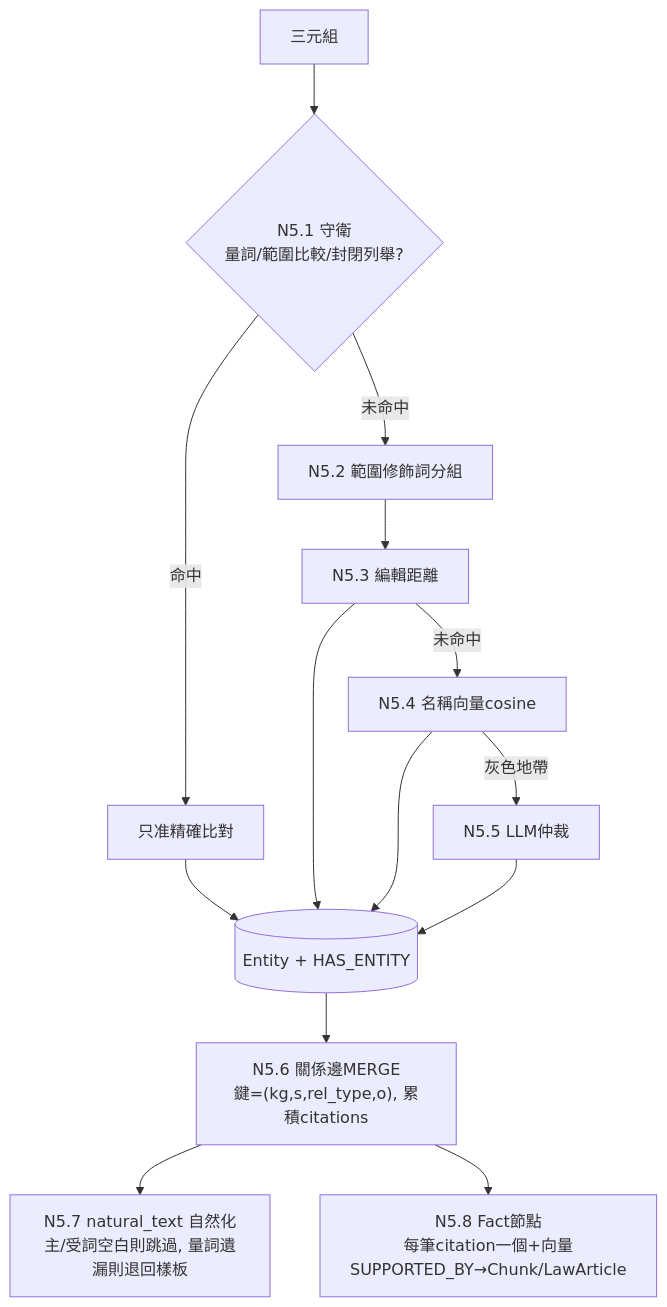
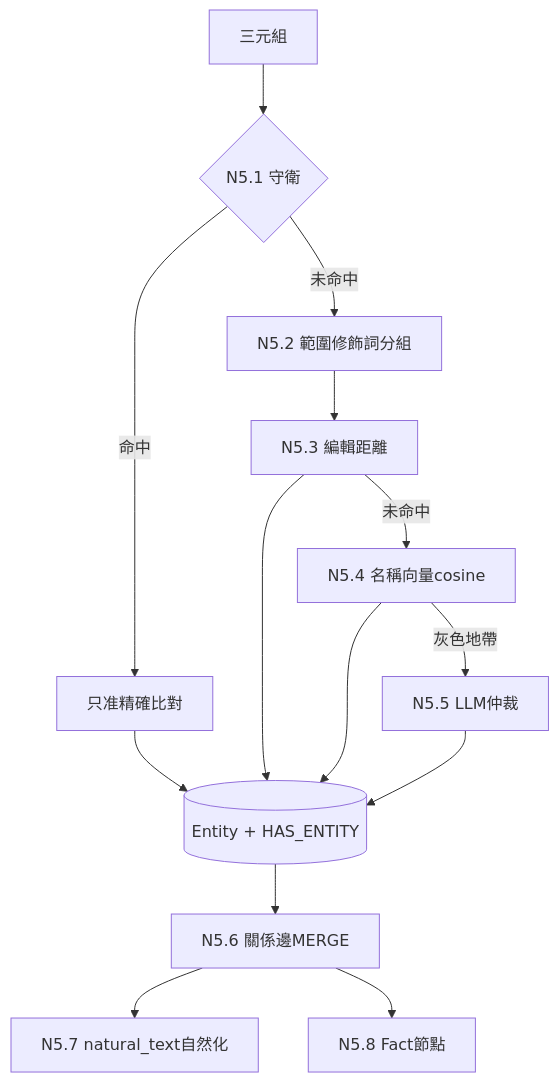
One commit to Chester930/world-knowledge-graph-rag changed the seventh of 12 diagrams in docs/報告/95_專案節點流程總覽與設計說明.md. Above: the diagram before and after it, drawn with Mermaid. The commit also changed other lines of this file and 1 other file, not shown here.

````diff
--- a/docs/報告/95_專案節點流程總覽與設計說明.md
+++ b/docs/報告/95_專案節點流程總覽與設計說明.md
@@ -238,11 +275,11 @@
 ```mermaid
 flowchart TD
-    IN["三元組"] --> G{"N5.1 守衛<br/>量詞/範圍比較/封閉列舉?"}
+    IN["三元組"] --> G{"N5.1 守衛"}
     G -- "命中" --> EX["只准精確比對"]
     G -- "未命中" --> SM["N5.2 範圍修飾詞分組"]
     SM --> D1["N5.3 編輯距離"] -- "未命中" --> D2["N5.4 名稱向量cosine"] -- "灰色地帶" --> D3["N5.5 LLM仲裁"]
     EX & D1 & D2 & D3 --> EN[("Entity + HAS_ENTITY")]
-    EN --> RE["N5.6 關係邊MERGE<br/>鍵=(kg,s,rel_type,o), 累積citations"]
-    RE --> NT["N5.7 natural_text 自然化<br/>主/受詞空白則跳過, 量詞遺漏則退回樣板"]
-    RE --> FN["N5.8 Fact節點<br/>每筆citation一個+向量<br/>SUPPORTED_BY→Chunk/LawArticle"]
+    EN --> RE["N5.6 關係邊MERGE"]
+    RE --> NT["N5.7 natural_text自然化"]
+    RE --> FN["N5.8 Fact節點"]
 ```
````
